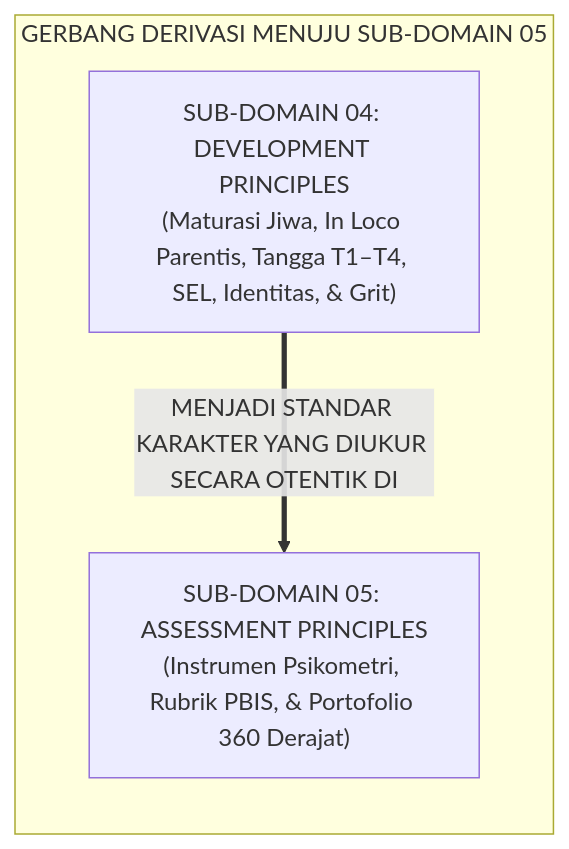
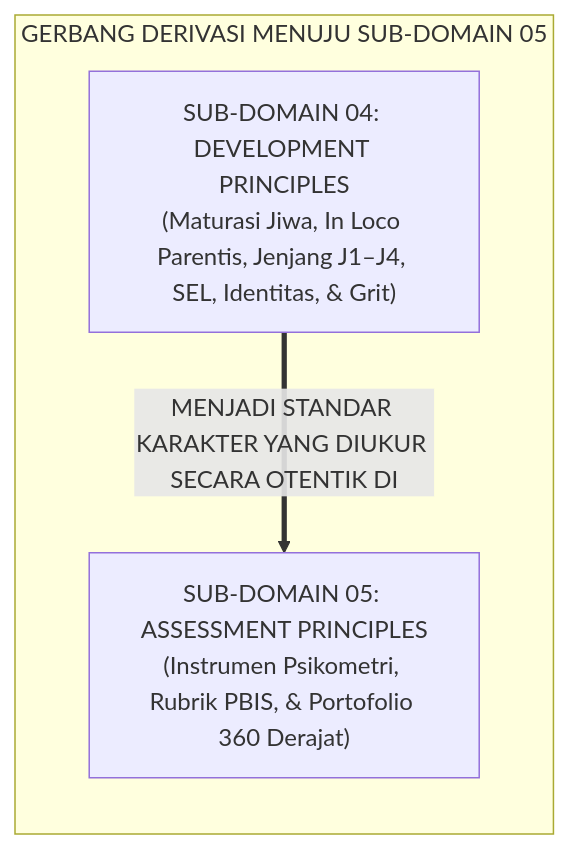
Before and after one commit to wandiapriliyandi/tumbuh: the third of 3 diagrams in 02 Principles/04 Development Principles/P2-04-Prinsip-Perkembangan-Santri-TUMBUH.md, drawn with Mermaid. The commit also changed other lines of this file and 209 other files, not shown here.

````diff
--- a/02 Principles/04 Development Principles/P2-04-Prinsip-Perkembangan-Santri-TUMBUH.md
+++ b/02 Principles/04 Development Principles/P2-04-Prinsip-Perkembangan-Santri-TUMBUH.md
@@ -128,10 +128,10 @@
 ```mermaid
 graph LR
     subgraph GerbangDerivasiAssessmentPrinciples["GERBANG DERIVASI MENUJU SUB-DOMAIN 05"]
-        D2_04["SUB-DOMAIN 04: DEVELOPMENT PRINCIPLES<br/>(Maturasi Jiwa, In Loco Parentis, Tangga T1–T4, SEL, Identitas, & Grit)"]
+        D2_04["SUB-DOMAIN 04: DEVELOPMENT PRINCIPLES<br/>(Maturasi Jiwa, In Loco Parentis, Jenjang J1–J4, SEL, Identitas, & Grit)"]
         
         D2_05["SUB-DOMAIN 05: ASSESSMENT PRINCIPLES<br/>(Instrumen Psikometri, Rubrik PBIS, & Portofolio 360 Derajat)"]
         
         D2_04 ==>|MENJADI STANDAR KARAKTER YANG DIUKUR SECARA OTENTIK DI| D2_05
     end
 ```
````
